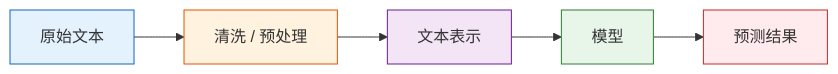
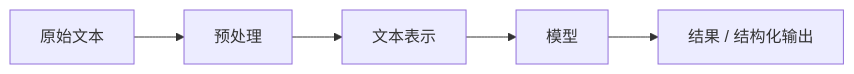
One commit to oudbiao/AI-fullstack-course changed the diagram in docs/stage7/ch01-text-basics/01-nlp-overview.md. Above: the diagram before and after it, drawn with Mermaid. The commit also changed other lines of this file and 42 other files, not shown here.

````diff
--- a/docs/stage7/ch01-text-basics/01-nlp-overview.md
+++ b/docs/stage7/ch01-text-basics/01-nlp-overview.md
@@ -87,13 +152,7 @@
 ```mermaid
 flowchart LR
-    A["原始文本"] --> B["清洗 / 预处理"]
+    A["原始文本"] --> B["预处理"]
     B --> C["文本表示"]
     C --> D["模型"]
-    D --> E["预测结果"]
-
-    style A fill:#e3f2fd,stroke:#1565c0,color:#333
-    style B fill:#fff3e0,stroke:#e65100,color:#333
-    style C fill:#f3e5f5,stroke:#6a1b9a,color:#333
-    style D fill:#e8f5e9,stroke:#2e7d32,color:#333
-    style E fill:#ffebee,stroke:#c62828,color:#333
+    D --> E["结果 / 结构化输出"]
 ```
````
